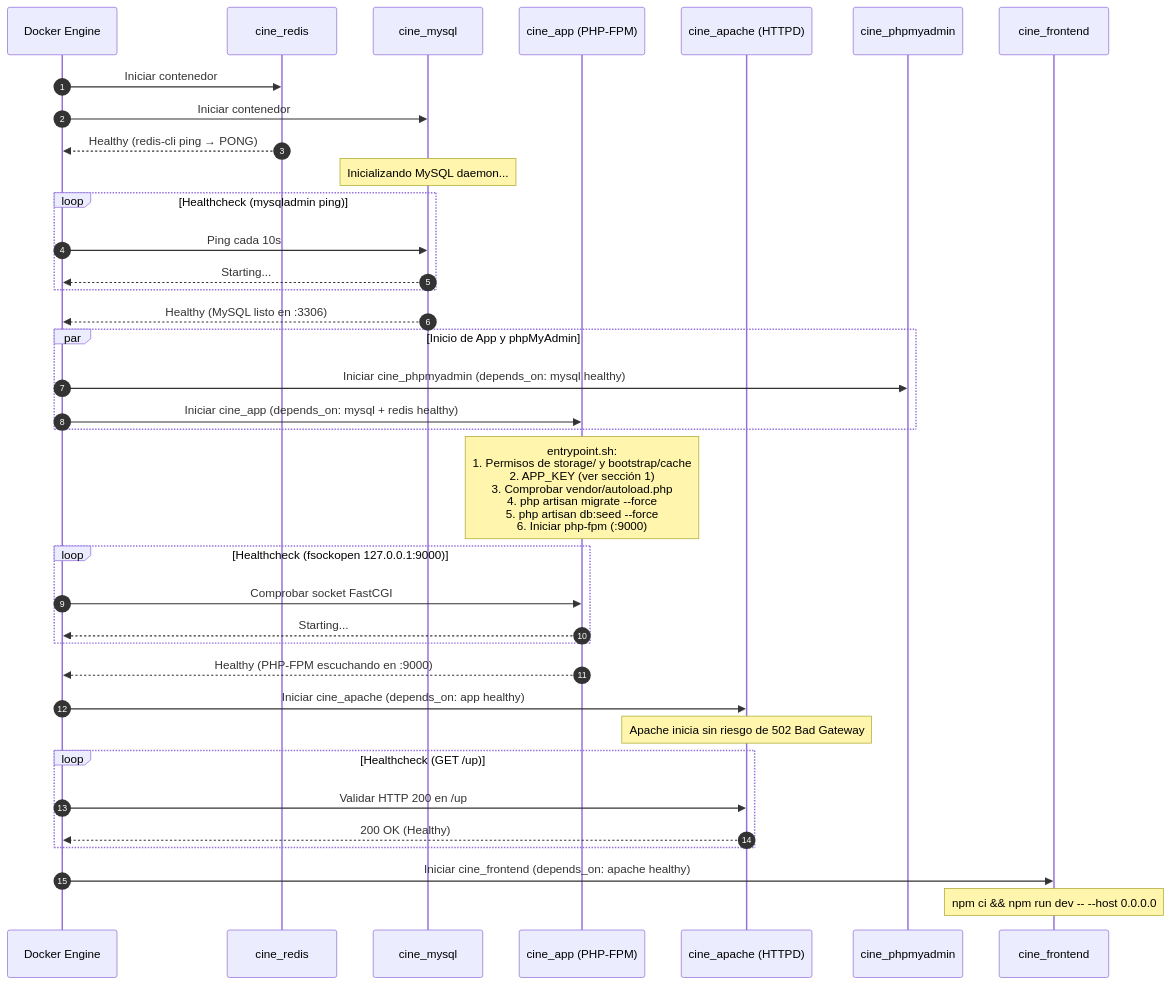
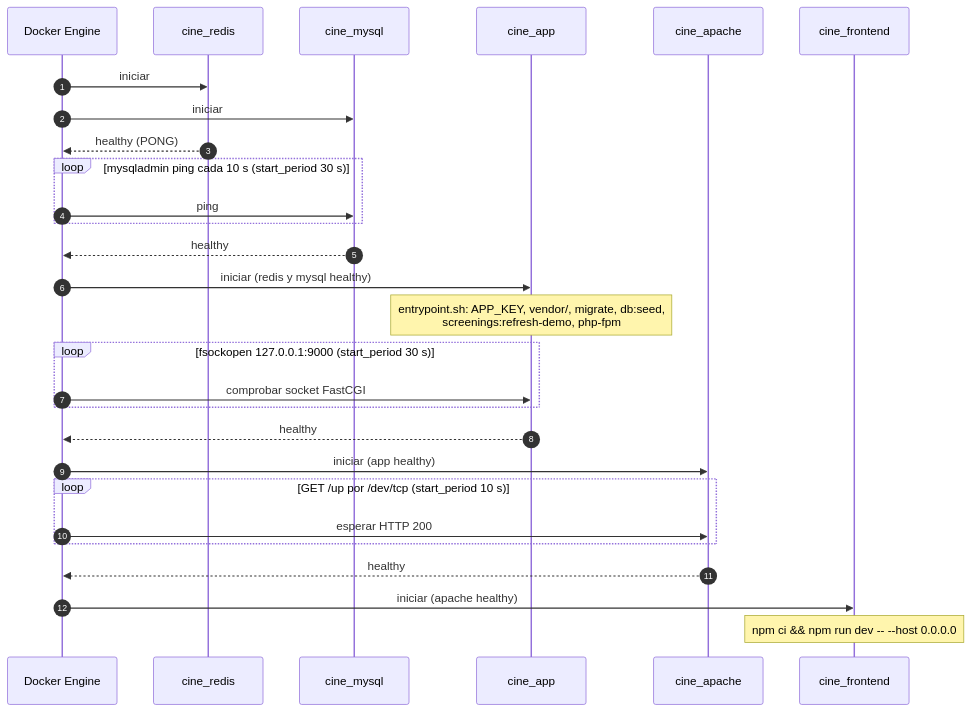
The third of 3 diagrams in docs/docker-entorno-desarrollo.md (JosManMor/cine_web), drawn with Mermaid before and after one commit. The commit also changed other lines of this file and 3 other files, not shown here.

````diff
--- a/docs/docker-entorno-desarrollo.md
+++ b/docs/docker-entorno-desarrollo.md
@@ -166,45 +150,31 @@
 ```mermaid
 sequenceDiagram
     autonumber
-    participant Host as Docker Engine
-    participant Redis as cine_redis
-    participant MySQL as cine_mysql
-    participant App as cine_app (PHP-FPM)
-    participant Apache as cine_apache (HTTPD)
-    participant PMA as cine_phpmyadmin
-    participant Front as cine_frontend
+    participant D as Docker Engine
+    participant R as cine_redis
+    participant M as cine_mysql
+    participant A as cine_app
+    participant W as cine_apache
+    participant F as cine_frontend
 
-    Host->>Redis: Iniciar contenedor
-    Host->>MySQL: Iniciar contenedor
-    Redis-->>Host: Healthy (redis-cli ping → PONG)
-    Note over MySQL: Inicializando MySQL daemon...
-    loop Healthcheck (mysqladmin ping)
-        Host->>MySQL: Ping cada 10s
-        MySQL-->>Host: Starting...
+    D->>R: iniciar
+    D->>M: iniciar
+    R-->>D: healthy (PONG)
+    loop mysqladmin ping cada 10 s (start_period 30 s)
+        D->>M: ping
     end
-    MySQL-->>Host: Healthy (MySQL listo en :3306)
-
-    par Inicio de App y phpMyAdmin
-        Host->>PMA: Iniciar cine_phpmyadmin (depends_on: mysql healthy)
-        Host->>App: Iniciar cine_app (depends_on: mysql + redis healthy)
+    M-->>D: healthy
+    D->>A: iniciar (redis y mysql healthy)
+    Note over A: entrypoint.sh: APP_KEY, vendor/, migrate, db:seed,<br/>screenings:refresh-demo, php-fpm
+    loop fsockopen 127.0.0.1:9000 (start_period 30 s)
+        D->>A: comprobar socket FastCGI
     end
-
-    Note over App: entrypoint.sh:<br/>1. Permisos de storage/ y bootstrap/cache<br/>2. APP_KEY (ver sección 1)<br/>3. Comprobar vendor/autoload.php<br/>4. php artisan migrate --force<br/>5. php artisan db:seed --force<br/>6. Iniciar php-fpm (:9000)
-
-    loop Healthcheck (fsockopen 127.0.0.1:9000)
-        Host->>App: Comprobar socket FastCGI
-        App-->>Host: Starting...
+    A-->>D: healthy
+    D->>W: iniciar (app healthy)
+    loop GET /up por /dev/tcp (start_period 10 s)
+        D->>W: esperar HTTP 200
     end
-    App-->>Host: Healthy (PHP-FPM escuchando en :9000)
-
-    Host->>Apache: Iniciar cine_apache (depends_on: app healthy)
-    Note over Apache: Apache inicia sin riesgo de 502 Bad Gateway
-
-    loop Healthcheck (GET /up)
-        Host->>Apache: Validar HTTP 200 en /up
-        Apache-->>Host: 200 OK (Healthy)
-    end
-
-    Host->>Front: Iniciar cine_frontend (depends_on: apache healthy)
-    Note over Front: npm ci && npm run dev -- --host 0.0.0.0
+    W-->>D: healthy
+    D->>F: iniciar (apache healthy)
+    Note over F: npm ci && npm run dev -- --host 0.0.0.0
 ```
````
